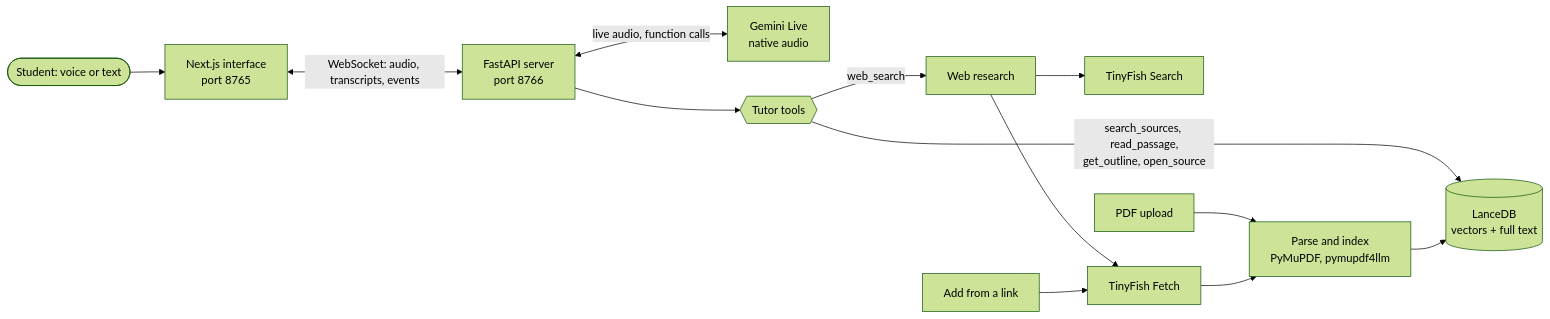
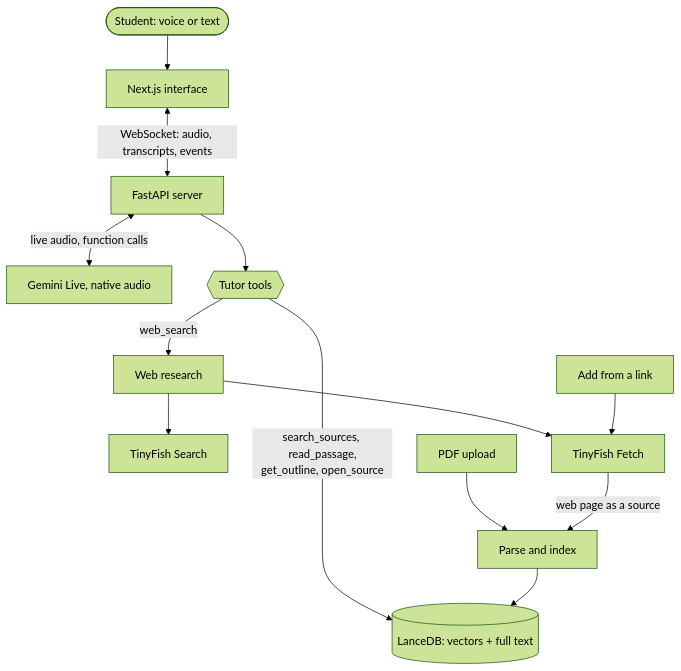
One commit to Deepender25/121-tutor changed the diagram in README.md. Above: the diagram before and after it, drawn with Mermaid (forest theme).

Commit message:
README: architecture diagram top to bottom, readable at page width

````diff
--- a/README.md
+++ b/README.md
@@ -187,15 +187,15 @@
 ```mermaid
-flowchart LR
-    S([Student: voice or text]) --> UI[Next.js interface<br/>port 8765]
-    UI <-->|"WebSocket: audio, transcripts, events"| API[FastAPI server<br/>port 8766]
-    API <-->|"live audio, function calls"| G[Gemini Live<br/>native audio]
+flowchart TB
+    S([Student: voice or text]) --> UI[Next.js interface]
+    UI <-->|"WebSocket: audio, transcripts, events"| API[FastAPI server]
+    API <-->|"live audio, function calls"| G[Gemini Live, native audio]
     API --> T{{Tutor tools}}
-    T -->|"search_sources, read_passage,<br/>get_outline, open_source"| R[(LanceDB<br/>vectors + full text)]
+    T -->|"search_sources, read_passage,<br/>get_outline, open_source"| R[(LanceDB: vectors + full text)]
     T -->|web_search| WS[Web research]
     WS --> TS[TinyFish Search]
     WS --> TF[TinyFish Fetch]
+    P[PDF upload] --> IX[Parse and index]
     L[Add from a link] --> TF
-    P[PDF upload] --> IX[Parse and index<br/>PyMuPDF, pymupdf4llm]
-    TF --> IX
+    TF -->|web page as a source| IX
     IX --> R
 ```
````
